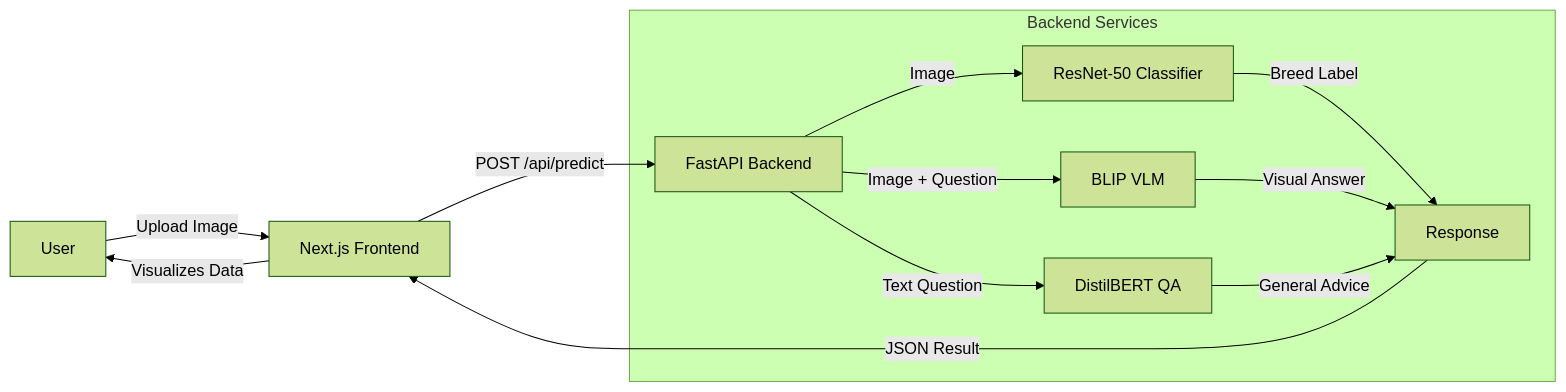
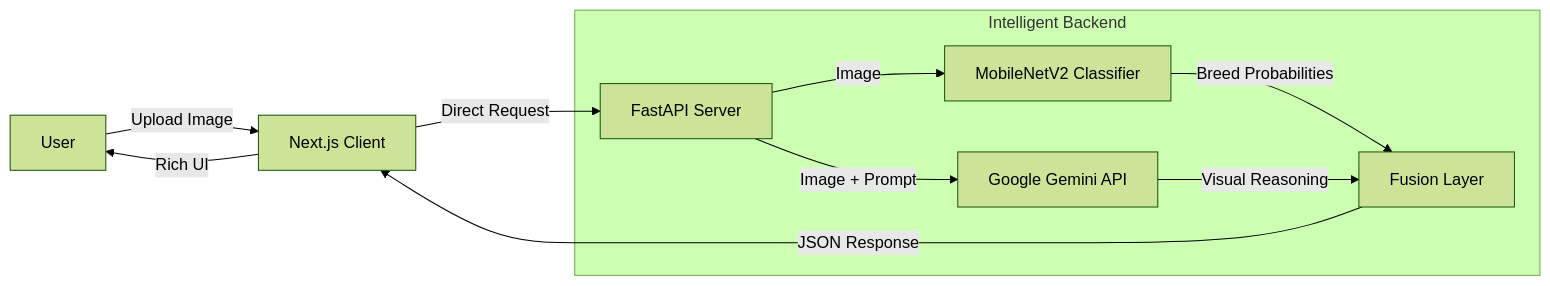
Before and after one commit to Avinash55o/pawSense: the diagram in README.md, drawn with Mermaid (forest theme). The commit also changed other lines of this file, not shown here.

````diff
--- a/README.md
+++ b/README.md
@@ -62,18 +59,16 @@
 ```mermaid
 graph LR
-    User[User] -->|Upload Image| Frontend[Next.js Frontend]
-    Frontend -->|POST /api/predict| Backend[FastAPI Backend]
+    User[User] -->|Upload Image| Frontend[Next.js Client]
+    Frontend -->|Direct Request| Backend[FastAPI Server]
     
-    subgraph "Backend Services"
-        Backend -->|Image| ResNet[ResNet-50 Classifier]
-        Backend -->|Image + Question| VLM[BLIP VLM]
-        Backend -->|Text Question| QA[DistilBERT QA]
+    subgraph "Intelligent Backend"
+        Backend -->|Image| MobileNet[MobileNetV2 Classifier]
+        Backend -->|Image + Prompt| Gemini[Google Gemini API]
         
-        ResNet -->|Breed Label| Response
-        VLM -->|Visual Answer| Response
-        QA -->|General Advice| Response
+        MobileNet -->|Breed Probabilities| Logic[Fusion Layer]
+        Gemini -->|Visual Reasoning| Logic
     end
     
-    Response -->|JSON Result| Frontend
-    Frontend -->|Visualizes Data| User
+    Logic -->|JSON Response| Frontend
+    Frontend -->|Rich UI| User
 ```
````
